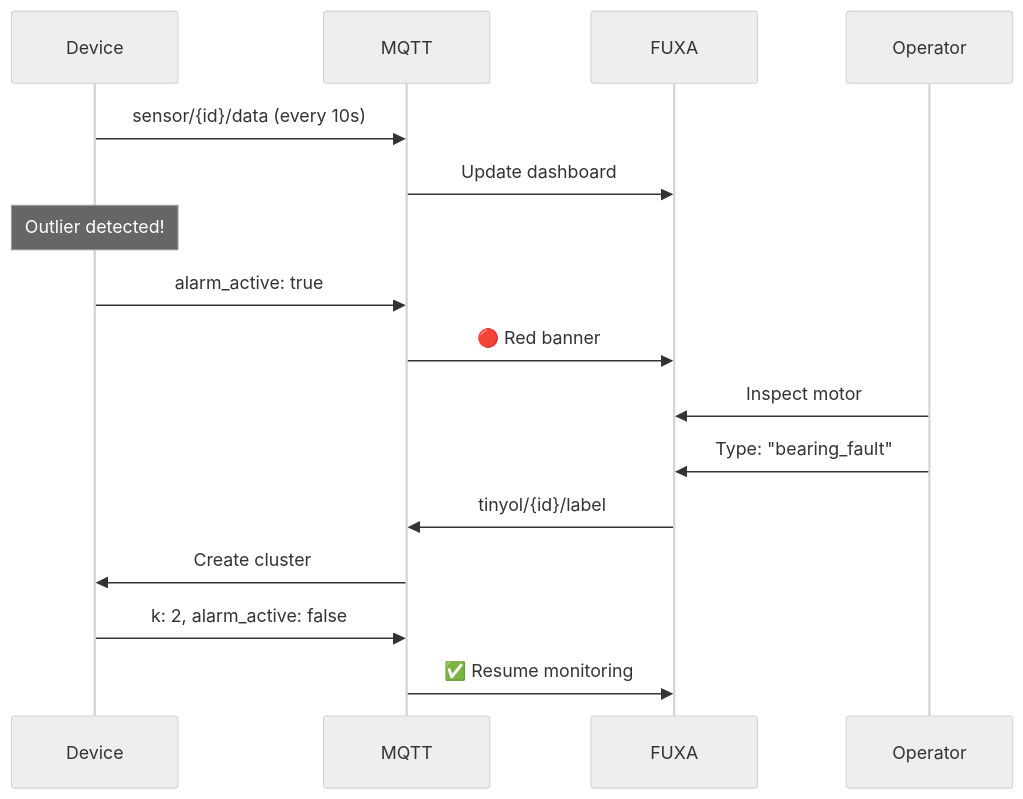
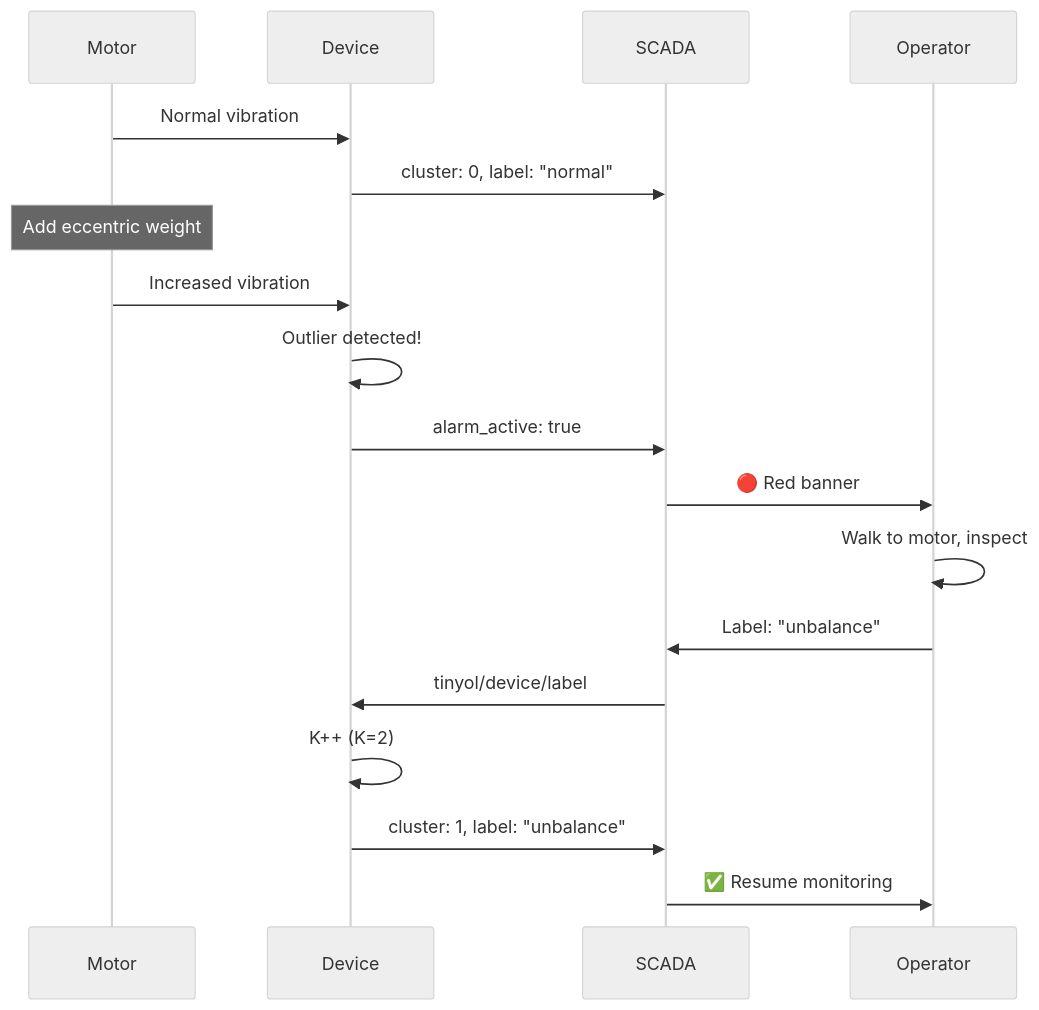
One commit to leekaize/tinyol-hitl changed the seventh of 8 diagrams in slidev/slides.md. Above: the diagram before and after it, drawn with Mermaid (neutral theme). The commit also changed other lines of this file and 5 other files, not shown here.

````diff
--- a/slidev/slides.md
+++ b/slidev/slides.md
@@ -377,22 +461,25 @@
 ```mermaid
 sequenceDiagram
-    participant Device
-    participant MQTT
-    participant FUXA
-    participant Operator
+    participant M as Motor
+    participant D as Device
+    participant S as SCADA
+    participant O as Operator
 
-    Device->>MQTT: sensor/{id}/data (every 10s)
-    MQTT->>FUXA: Update dashboard
+    M->>D: Normal vibration
+    D->>S: cluster: 0, label: "normal"
 
-    Note over Device: Outlier detected!
-    Device->>MQTT: alarm_active: true
-    MQTT->>FUXA: 🔴 Red banner
+    Note over M: Add eccentric weight
 
-    Operator->>FUXA: Inspect motor
-    Operator->>FUXA: Type: "bearing_fault"
-    FUXA->>MQTT: tinyol/{id}/label
-    MQTT->>Device: Create cluster
+    M->>D: Increased vibration
+    D->>D: Outlier detected!
+    D->>S: alarm_active: true
+    S->>O: 🔴 Red banner
 
-    Device->>MQTT: k: 2, alarm_active: false
-    MQTT->>FUXA: ✅ Resume monitoring
+    O->>O: Walk to motor, inspect
+    O->>S: Label: "unbalance"
+    S->>D: tinyol/device/label
+
+    D->>D: K++ (K=2)
+    D->>S: cluster: 1, label: "unbalance"
+    S->>O: ✅ Resume monitoring
 ```
````
